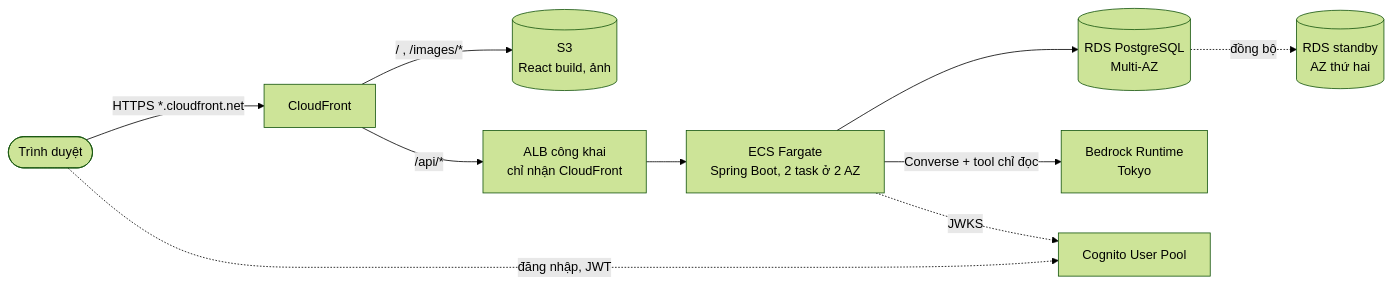
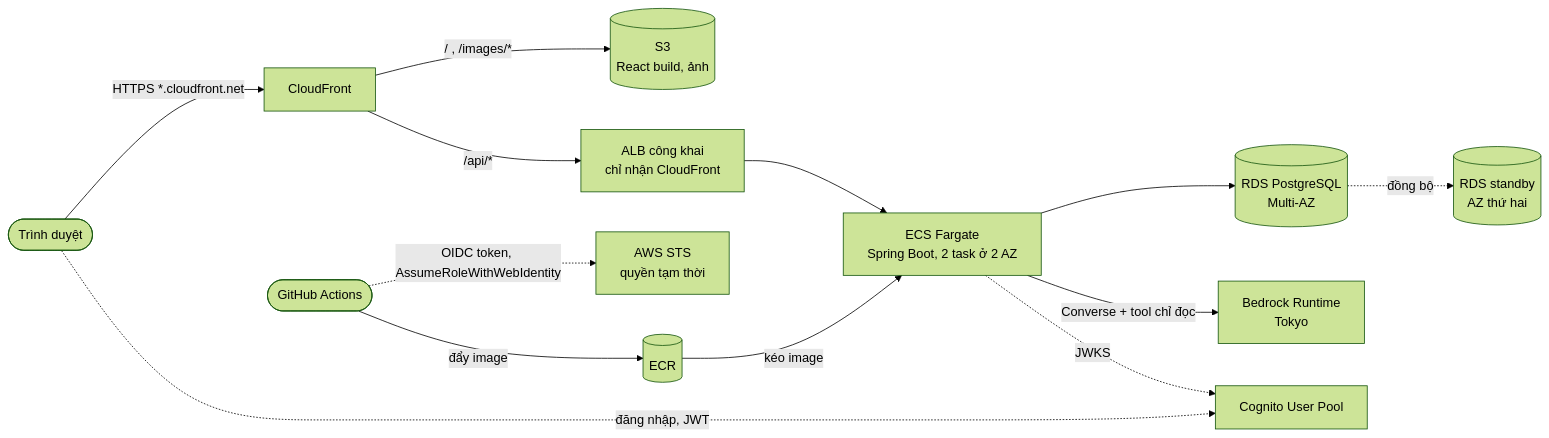
The diagram in README.md (trungnguyen-VNTN/nutrition-ecommerce), drawn with Mermaid (forest theme) before and after one commit. The commit also changed other lines of this file and 5 other files, not shown here.

First line of the commit message:
Docs: show AWS STS in the CI/CD flow of the architecture diagram

````diff
--- a/README.md
+++ b/README.md
@@ -83,12 +83,15 @@
 ```mermaid
 flowchart LR
   user([Trình duyệt]) -->|HTTPS *.cloudfront.net| cf[CloudFront]
   cf -->|/ , /images/*| s3[(S3<br/>React build, ảnh)]
   cf -->|/api/*| alb[ALB công khai<br/>chỉ nhận CloudFront]
   alb --> ecs[ECS Fargate<br/>Spring Boot, 2 task ở 2 AZ]
   ecs --> rds[(RDS PostgreSQL<br/>Multi-AZ)]
   rds -.->|đồng bộ| standby[(RDS standby<br/>AZ thứ hai)]
   ecs -->|Converse + tool chỉ đọc| bedrock[Bedrock Runtime<br/>Tokyo]
   ecs -.->|JWKS| cognito[Cognito User Pool]
   user -.->|đăng nhập, JWT| cognito
+  gh([GitHub Actions]) -.->|OIDC token, AssumeRoleWithWebIdentity| sts[AWS STS<br/>quyền tạm thời]
+  gh -->|đẩy image| ecr[(ECR)]
+  ecr -->|kéo image| ecs
 ```
````
